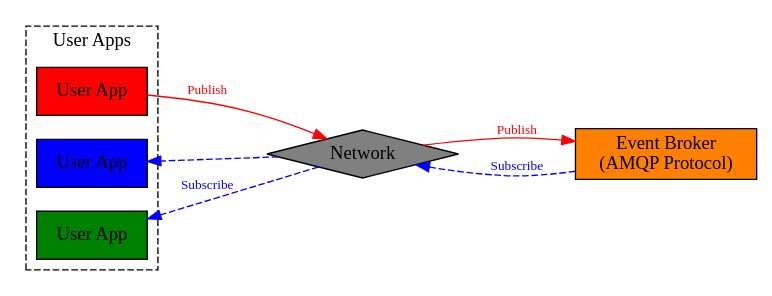
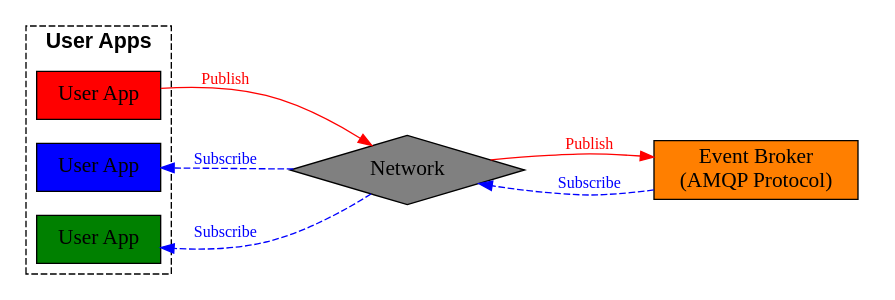
The diagram in docs/source/overview/index.rst (code-lab-org/nost-tools), drawn with Graphviz before and after one commit. The commit also changed other lines of this file and 1 other file, not shown here.

Commit message:
update index diagram

```diff
--- a/docs/source/overview/index.rst
+++ b/docs/source/overview/index.rst
@@ -34,35 +34,44 @@
 .. graphviz::
    :name: EDA_PubSub_Concept
    :caption: Event-Driven Architecture with Centralized Broker
    :align: center
 
    digraph MQTT_PubSub {
       rankdir=LR;
       
-      // User Apps
-      subgraph cluster_0 {
+      subgraph cluster0 {
+         style=dashed;
          label="User Apps";
-         style=dashed;
+         fontsize=16
+         fontname="Helvetica-Bold";
          
-         UserApp1 [label="User App", shape=rect, style=filled, fillcolor=red];
-         UserApp2 [label="User App", shape=rect, style=filled, fillcolor=blue];
-         UserApp3 [label="User App", shape=rect, style=filled, fillcolor=green];
+         UserApp1 [label="User App", shape=rect, style=filled, fillcolor=red, fontsize=16];
+         UserApp2 [label="User App", shape=rect, style=filled, fillcolor=blue, fontsize=16];
+         UserApp3 [label="User App", shape=rect, style=filled, fillcolor=green, fontsize=16];
       }
       
-      // Network and Broker
-      Network [label="Network", shape=diamond, style=filled, fillcolor=gray];
-      EventBroker [label="Event Broker\n(AMQP Protocol)", shape=cloud, style=filled, fillcolor=darkorange1];
+      subgraph cluster1{
+         style=invis
+         Network [label="Network", shape=diamond, style=filled, fillcolor=gray, fontsize=16];
+      }
+      
+      UserApp1 -> Network [label="Publish", fontsize=12, fontcolor=red, color=red];
+      UserApp2 -> Network [style=invis]
+      UserApp3 -> Network [style=invis]
+      
 
-      // Publish Line (Red)
-      UserApp1 -> Network [label="Publish", fontsize=10, fontcolor=red, color=red];
-      UserApp1 -> Network [label="Publish", color=red, style=invis];
+      Network -> UserApp1 [style=invis]
+      Network -> UserApp2 [label="Subscribe", fontsize=12, fontcolor=blue, color=blue, style=dashed];
+      Network -> UserApp3 [label="Subscribe", fontsize=12, fontcolor=blue, color=blue, style=dashed];
+      
+      subgraph cluster2 {
+         style=invis
+         EventBroker [label="Event Broker\n(AMQP Protocol)", shape=cloud, style=filled, fillcolor=darkorange1, fontsize=16];
+      }
+      
+      Network -> EventBroker [label="Publish", fontsize=12, fontcolor=red, color=red];
+      Network -> EventBroker [label="", color=red, style=invis];
+      EventBroker -> Network [label="Subscribe", fontsize=12, fontcolor=blue, color=blue, style=dashed];
 
-      // Network to Event Broker (Black for Neutral)
-      Network -> EventBroker [label="Publish", fontsize=10, fontcolor=red, color=red];
-      Network -> EventBroker [label="", color=red, style=invis];
-      EventBroker -> Network [label="Subscribe", fontsize=10, fontcolor=blue, color=blue, style=dashed];
 
-      // Reverse Path (Subscription Messages, Blue)
-      Network -> UserApp2 [color=blue, style=dashed];
-      Network -> UserApp3 [label="Subscribe", fontsize=10, fontcolor=blue, color=blue, style=dashed];
    }
```
